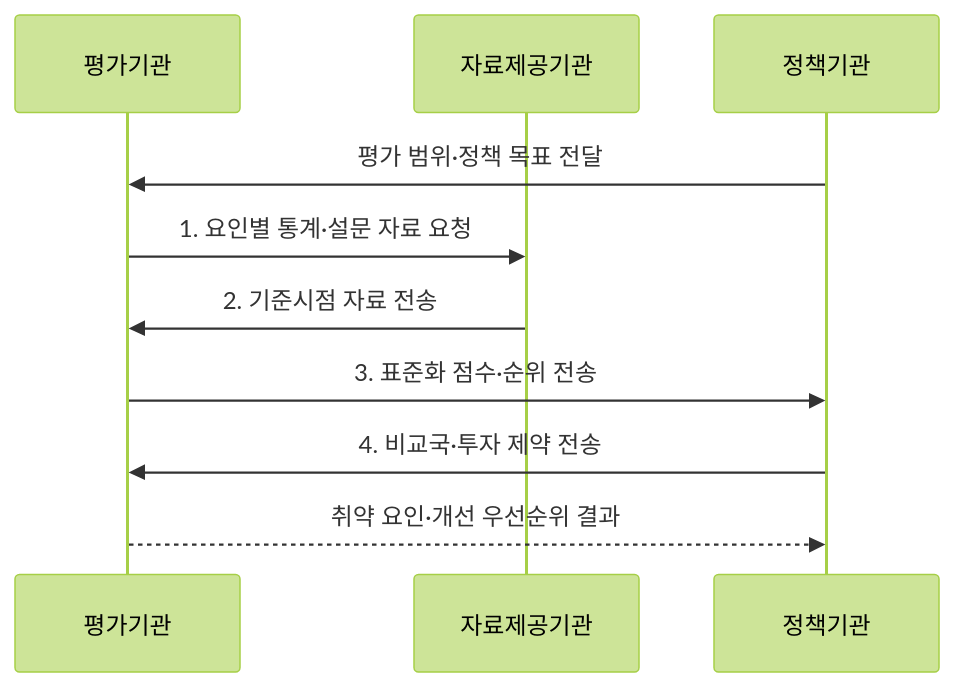
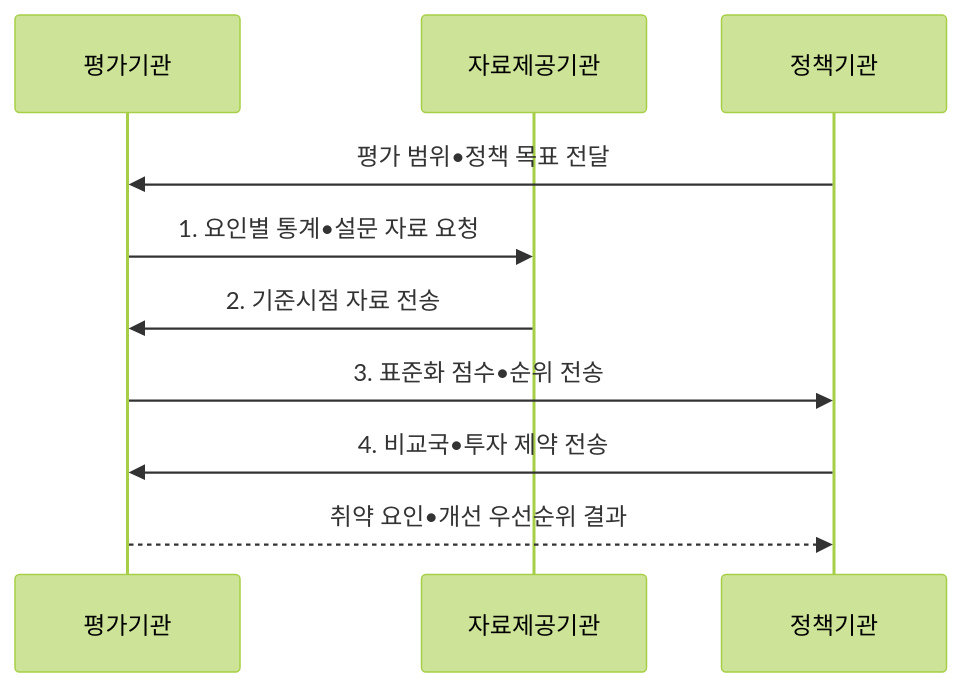
The second of 2 diagrams in src/content/docs/notes/07-law-policy/011_national_digital_competitiveness.md (agnusdei1207/knowledge-base), drawn with Mermaid (forest theme) before and after one commit. The commit also changed other lines of this file and 953 other files, not shown here.

````diff
--- a/src/content/docs/notes/07-law-policy/011_national_digital_competitiveness.md
+++ b/src/content/docs/notes/07-law-policy/011_national_digital_competitiveness.md
@@ -100,12 +100,12 @@
 ```mermaid
 sequenceDiagram
     participant E as 평가기관
     participant D as 자료제공기관
     participant G as 정책기관
-    G->>E: 평가 범위·정책 목표 전달
-    E->>D: 1. 요인별 통계·설문 자료 요청
+    G->>E: 평가 범위•정책 목표 전달
+    E->>D: 1. 요인별 통계•설문 자료 요청
     D->>E: 2. 기준시점 자료 전송
-    E->>G: 3. 표준화 점수·순위 전송
-    G->>E: 4. 비교국·투자 제약 전송
-    E-->>G: 취약 요인·개선 우선순위 결과
+    E->>G: 3. 표준화 점수•순위 전송
+    G->>E: 4. 비교국•투자 제약 전송
+    E-->>G: 취약 요인•개선 우선순위 결과
 ```
````
